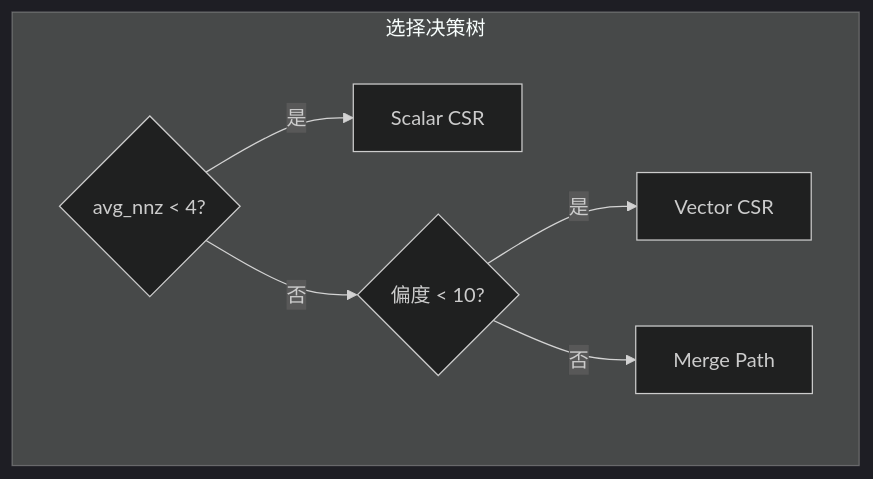
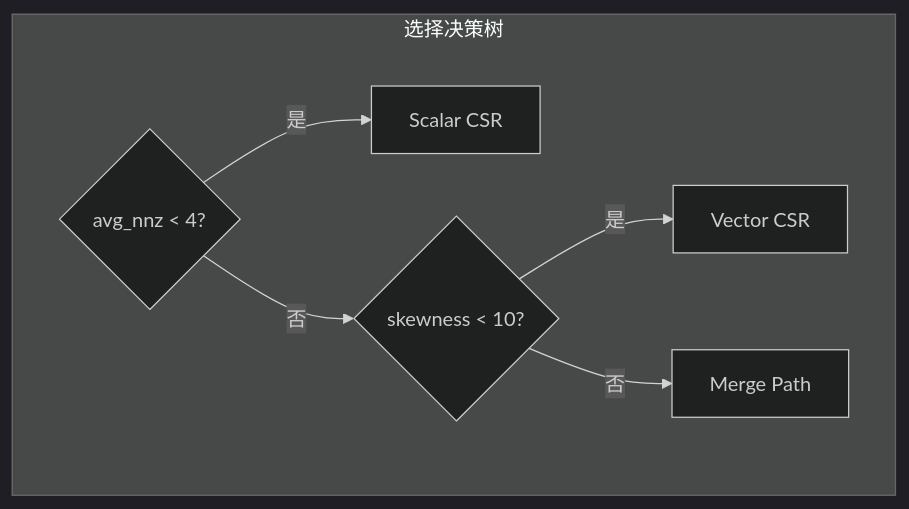
One commit to build-workbench/gpu-spmv changed the diagram in docs/zh/whitepaper/performance.md. Above: the diagram before and after it, drawn with Mermaid (dark theme). The commit also changed other lines of this file and 13 other files, not shown here.

First line of the commit message:
refactor(docs): 激进重构 Git Pages — 移除 chart.js、修复关键 Bug

````diff
--- a/docs/zh/whitepaper/performance.md
+++ b/docs/zh/whitepaper/performance.md
@@ -77,15 +91,15 @@
 ```mermaid
 flowchart TB
     subgraph Selection["选择决策树"]
         A{avg_nnz < 4?}
         B[Scalar CSR]
-        C{偏度 < 10?}
+        C{skewness < 10?}
         D[Vector CSR]
         E[Merge Path]
     end
-    
+
     A -->|是| B
     A -->|否| C
     C -->|是| D
     C -->|否| E
 ```
````
